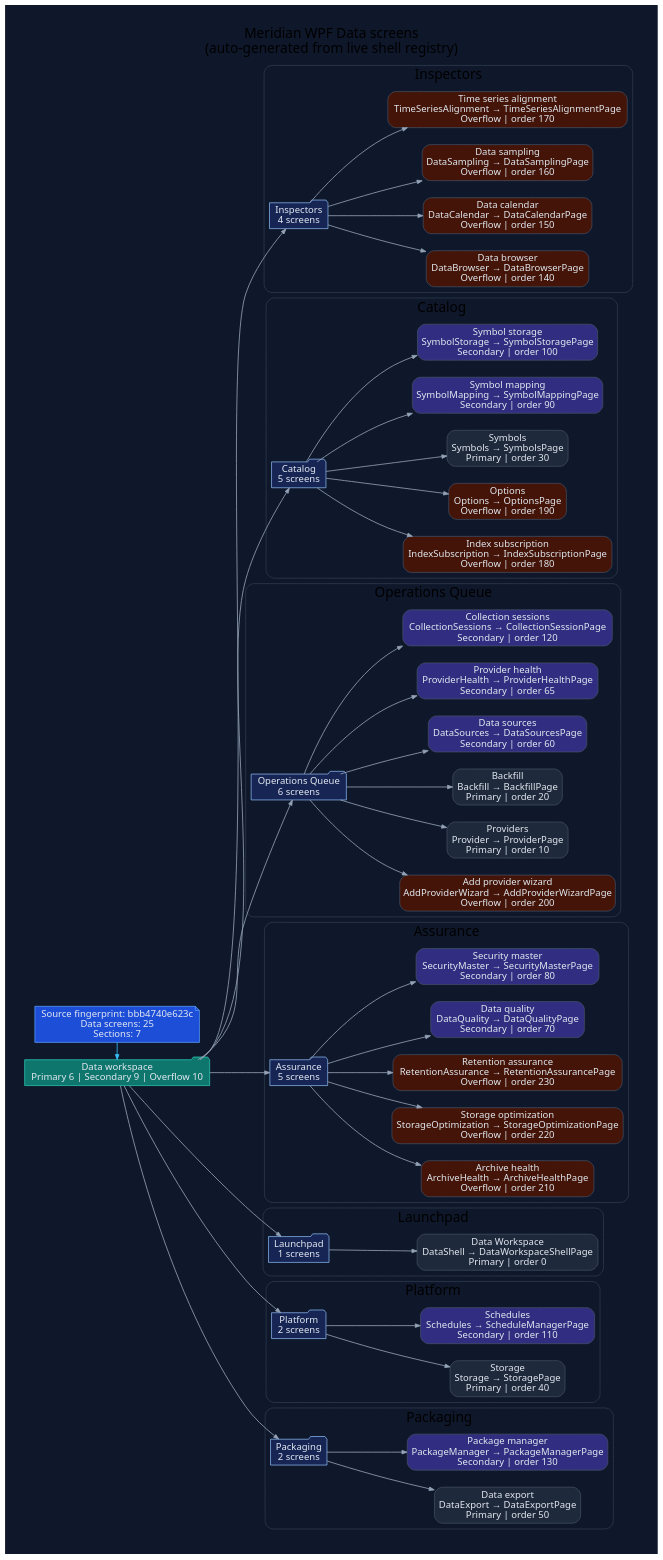
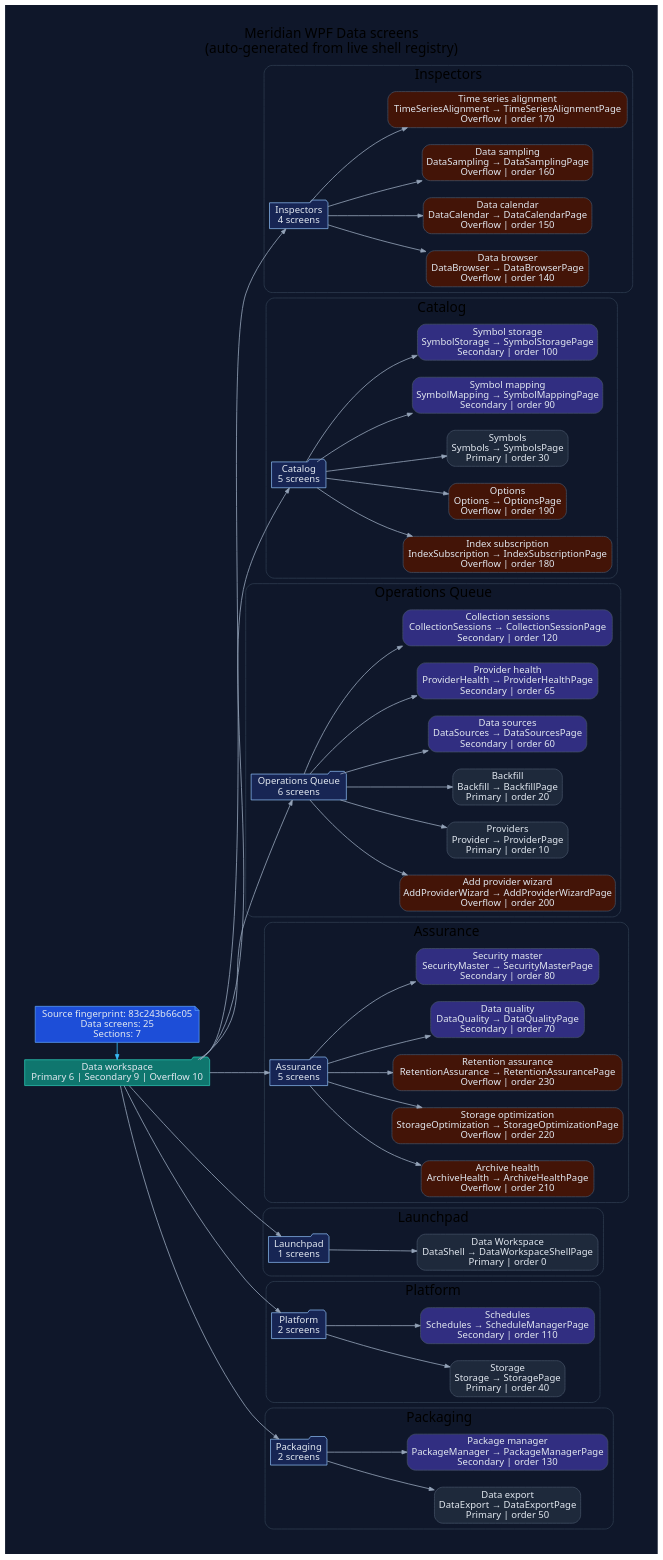
One commit to rodoHasArrived/Meridian-main changed the diagram in docs/diagrams/ui/ui-wpf-screens-data.dot. Above: the diagram before and after it, drawn with Graphviz. The commit also changed 46 other files, not shown here.

```diff
--- a/docs/diagrams/ui/ui-wpf-screens-data.dot
+++ b/docs/diagrams/ui/ui-wpf-screens-data.dot
@@ -1,132 +1,132 @@
 // -----------------------------------------------------------------------------
 // <auto-generated>
 // Generated by scripts/generate-diagrams.mjs.
 // Do not edit this file directly; update the WPF source files instead.
 // -----------------------------------------------------------------------------
 digraph WpfDataScreens {
   graph [
     rankdir=LR,
     labelloc=t,
     label="Meridian WPF Data screens\n(auto-generated from live shell registry)",
     fontname="Segoe UI",
     fontsize=20,
     pad=0.4,
     nodesep=0.35,
     ranksep=0.85,
     bgcolor="#0f172a"
   ];
   node [fontname="Segoe UI", shape=box, style="rounded,filled", color="#475569", fontcolor="#e2e8f0", fillcolor="#1e293b"];
   edge [fontname="Segoe UI", color="#94a3b8", penwidth=1.2, arrowsize=0.75];
 
-  generated [shape=note, fillcolor="#1d4ed8", color="#60a5fa", label="Source fingerprint: bbb4740e623c\nData screens: 25\nSections: 7"];
+  generated [shape=note, fillcolor="#1d4ed8", color="#60a5fa", label="Source fingerprint: 83c243b66c05\nData screens: 25\nSections: 7"];
   workspace [shape=folder, fillcolor="#0f766e", color="#2dd4bf", label="Data workspace\nPrimary 6 | Secondary 9 | Overflow 10"];
   generated -> workspace [color="#38bdf8"];
 
   subgraph cluster_section_1 {
     label="Inspectors";
     color="#334155";
     style="rounded";
     section_1 [shape=folder, fillcolor="#172554", color="#93c5fd", label="Inspectors\n4 screens"];
     workspace -> section_1;
     screen_DataBrowser [fillcolor="#431407", label="Data browser\nDataBrowser → DataBrowserPage\nOverflow | order 140"];
     section_1 -> screen_DataBrowser;
     screen_DataCalendar [fillcolor="#431407", label="Data calendar\nDataCalendar → DataCalendarPage\nOverflow | order 150"];
     section_1 -> screen_DataCalendar;
     screen_DataSampling [fillcolor="#431407", label="Data sampling\nDataSampling → DataSamplingPage\nOverflow | order 160"];
     section_1 -> screen_DataSampling;
     screen_TimeSeriesAlignment [fillcolor="#431407", label="Time series alignment\nTimeSeriesAlignment → TimeSeriesAlignmentPage\nOverflow | order 170"];
     section_1 -> screen_TimeSeriesAlignment;
   }
 
   subgraph cluster_section_2 {
     label="Catalog";
     color="#334155";
     style="rounded";
     section_2 [shape=folder, fillcolor="#172554", color="#93c5fd", label="Catalog\n5 screens"];
     workspace -> section_2;
     screen_IndexSubscription [fillcolor="#431407", label="Index subscription\nIndexSubscription → IndexSubscriptionPage\nOverflow | order 180"];
     section_2 -> screen_IndexSubscription;
     screen_Options [fillcolor="#431407", label="Options\nOptions → OptionsPage\nOverflow | order 190"];
     section_2 -> screen_Options;
     screen_Symbols [fillcolor="#1e293b", label="Symbols\nSymbols → SymbolsPage\nPrimary | order 30"];
     section_2 -> screen_Symbols;
     screen_SymbolMapping [fillcolor="#312e81", label="Symbol mapping\nSymbolMapping → SymbolMappingPage\nSecondary | order 90"];
     section_2 -> screen_SymbolMapping;
     screen_SymbolStorage [fillcolor="#312e81", label="Symbol storage\nSymbolStorage → SymbolStoragePage\nSecondary | order 100"];
     section_2 -> screen_SymbolStorage;
   }
 
   subgraph cluster_section_3 {
     label="Operations Queue";
     color="#334155";
     style="rounded";
     section_3 [shape=folder, fillcolor="#172554", color="#93c5fd", label="Operations Queue\n6 screens"];
     workspace -> section_3;
     screen_AddProviderWizard [fillcolor="#431407", label="Add provider wizard\nAddProviderWizard → AddProviderWizardPage\nOverflow | order 200"];
     section_3 -> screen_AddProviderWizard;
     screen_Provider [fillcolor="#1e293b", label="Providers\nProvider → ProviderPage\nPrimary | order 10"];
     section_3 -> screen_Provider;
     screen_Backfill [fillcolor="#1e293b", label="Backfill\nBackfill → BackfillPage\nPrimary | order 20"];
     section_3 -> screen_Backfill;
     screen_DataSources [fillcolor="#312e81", label="Data sources\nDataSources → DataSourcesPage\nSecondary | order 60"];
     section_3 -> screen_DataSources;
     screen_ProviderHealth [fillcolor="#312e81", label="Provider health\nProviderHealth → ProviderHealthPage\nSecondary | order 65"];
     section_3 -> screen_ProviderHealth;
     screen_CollectionSessions [fillcolor="#312e81", label="Collection sessions\nCollectionSessions → CollectionSessionPage\nSecondary | order 120"];
     section_3 -> screen_CollectionSessions;
   }
 
   subgraph cluster_section_4 {
     label="Assurance";
     color="#334155";
     style="rounded";
     section_4 [shape=folder, fillcolor="#172554", color="#93c5fd", label="Assurance\n5 screens"];
     workspace -> section_4;
     screen_ArchiveHealth [fillcolor="#431407", label="Archive health\nArchiveHealth → ArchiveHealthPage\nOverflow | order 210"];
     section_4 -> screen_ArchiveHealth;
     screen_StorageOptimization [fillcolor="#431407", label="Storage optimization\nStorageOptimization → StorageOptimizationPage\nOverflow | order 220"];
     section_4 -> screen_StorageOptimization;
     screen_RetentionAssurance [fillcolor="#431407", label="Retention assurance\nRetentionAssurance → RetentionAssurancePage\nOverflow | order 230"];
     section_4 -> screen_RetentionAssurance;
     screen_DataQuality [fillcolor="#312e81", label="Data quality\nDataQuality → DataQualityPage\nSecondary | order 70"];
     section_4 -> screen_DataQuality;
     screen_SecurityMaster [fillcolor="#312e81", label="Security master\nSecurityMaster → SecurityMasterPage\nSecondary | order 80"];
     section_4 -> screen_SecurityMaster;
   }
 
   subgraph cluster_section_5 {
     label="Launchpad";
     color="#334155";
     style="rounded";
     section_5 [shape=folder, fillcolor="#172554", color="#93c5fd", label="Launchpad\n1 screens"];
     workspace -> section_5;
     screen_DataShell [fillcolor="#1e293b", label="Data Workspace\nDataShell → DataWorkspaceShellPage\nPrimary | order 0"];
     section_5 -> screen_DataShell;
   }
 
   subgraph cluster_section_6 {
     label="Platform";
     color="#334155";
     style="rounded";
     section_6 [shape=folder, fillcolor="#172554", color="#93c5fd", label="Platform\n2 screens"];
     workspace -> section_6;
     screen_Storage [fillcolor="#1e293b", label="Storage\nStorage → StoragePage\nPrimary | order 40"];
     section_6 -> screen_Storage;
     screen_Schedules [fillcolor="#312e81", label="Schedules\nSchedules → ScheduleManagerPage\nSecondary | order 110"];
     section_6 -> screen_Schedules;
   }
 
   subgraph cluster_section_7 {
     label="Packaging";
     color="#334155";
     style="rounded";
     section_7 [shape=folder, fillcolor="#172554", color="#93c5fd", label="Packaging\n2 screens"];
     workspace -> section_7;
     screen_DataExport [fillcolor="#1e293b", label="Data export\nDataExport → DataExportPage\nPrimary | order 50"];
     section_7 -> screen_DataExport;
     screen_PackageManager [fillcolor="#312e81", label="Package manager\nPackageManager → PackageManagerPage\nSecondary | order 130"];
     section_7 -> screen_PackageManager;
   }
 
   { rank=min; generated; workspace; }
 }
```
